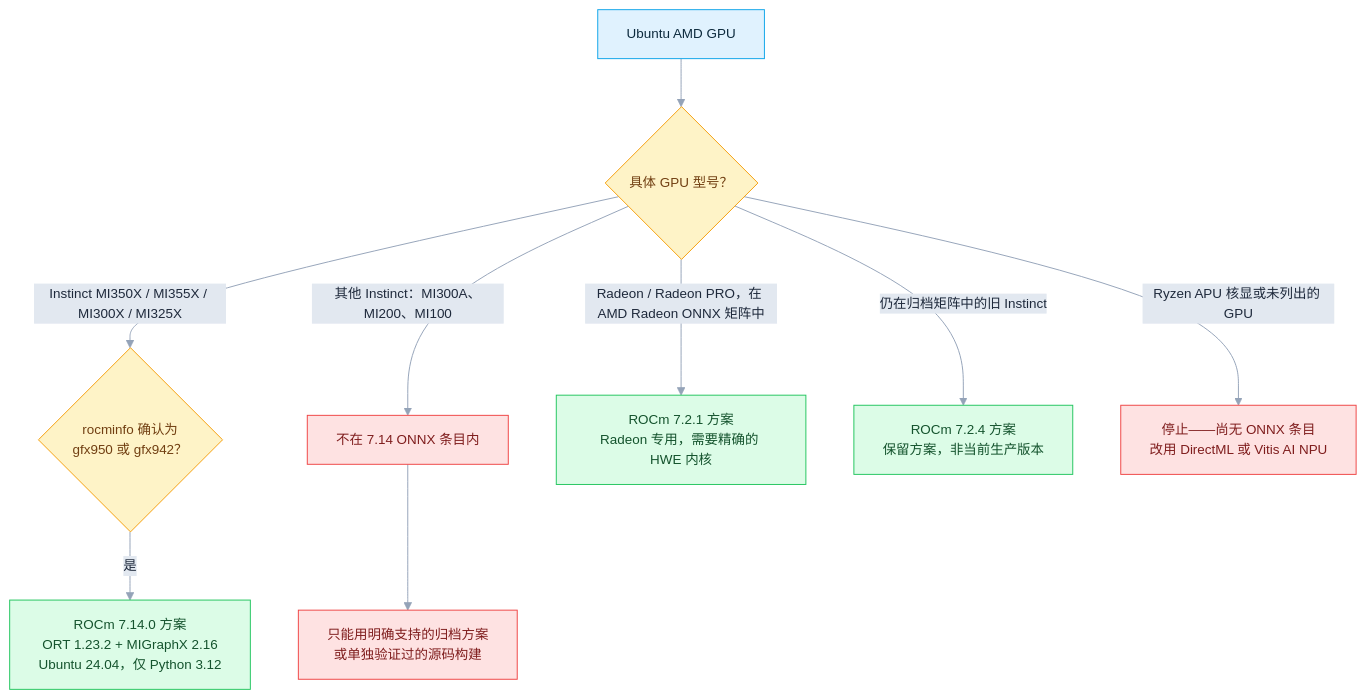
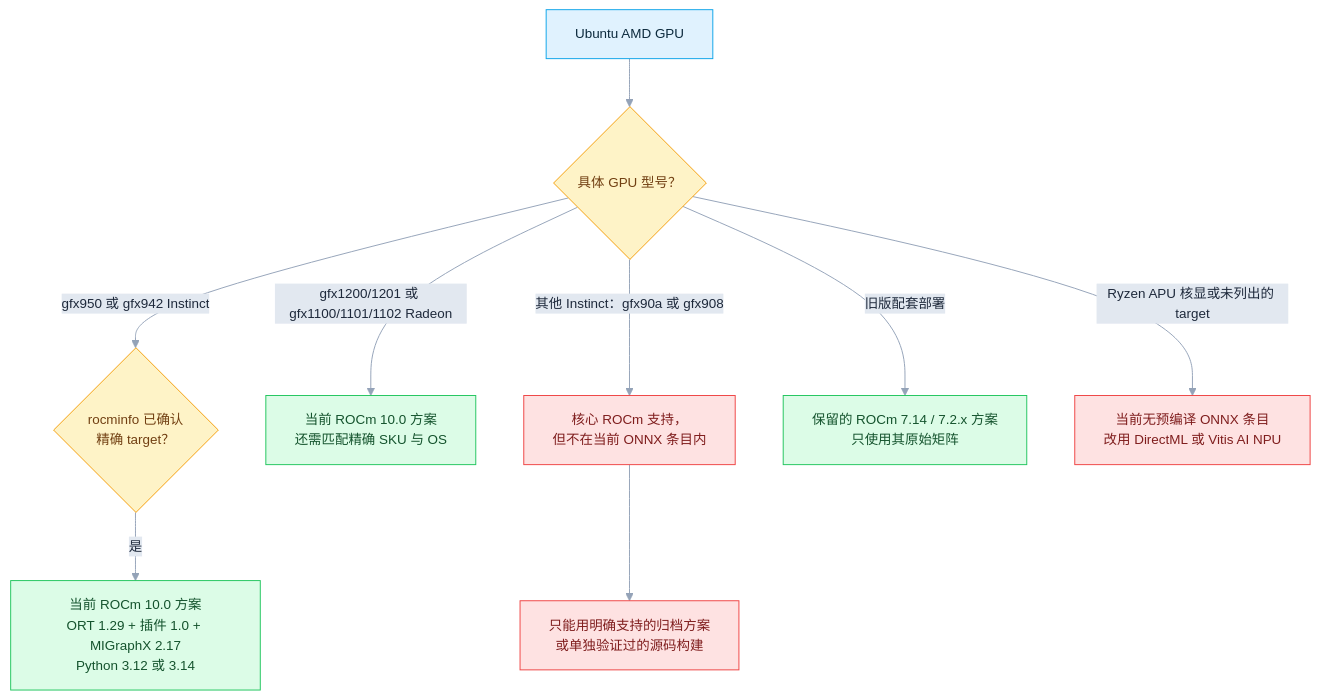
Before and after one commit to DakeQQ/Tutorial-ONNX-Runtime-Execution-Providers: the third of 9 diagrams in AMD/README.zh-CN.md, drawn with Mermaid. The commit also changed other lines of this file and 42 other files, not shown here.

````diff
--- a/AMD/README.zh-CN.md
+++ b/AMD/README.zh-CN.md
@@ -350,21 +356,21 @@
 ```mermaid
 %%{init: {"theme":"base","themeVariables":{"fontSize":"14px","lineColor":"#94a3b8","edgeLabelBackground":"#e2e8f0","primaryTextColor":"#1e293b"}}}%%
 flowchart TD
     A["Ubuntu AMD GPU"] --> B{"具体 GPU 型号？"}
-    B -->|"Instinct MI350X / MI355X / MI300X / MI325X"| C{"rocminfo 确认为<br/>gfx950 或 gfx942？"}
-    C -->|是| D["ROCm 7.14.0 方案<br/>ORT 1.23.2 + MIGraphX 2.16<br/>Ubuntu 24.04，仅 Python 3.12"]
-    B -->|"其他 Instinct：MI300A、MI200、MI100"| E["不在 7.14 ONNX 条目内"]
+    B -->|"gfx950 或 gfx942 Instinct"| C{"rocminfo 已确认<br/>精确 target？"}
+    C -->|是| D["当前 ROCm 10.0 方案<br/>ORT 1.29 + 插件 1.0 + MIGraphX 2.17<br/>Python 3.12 或 3.14"]
+    B -->|"gfx1200/1201 或 gfx1100/1101/1102 Radeon"| G["当前 ROCm 10.0 方案<br/>还需匹配精确 SKU 与 OS"]
+    B -->|"其他 Instinct：gfx90a 或 gfx908"| E["核心 ROCm 支持，<br/>但不在当前 ONNX 条目内"]
     E --> F["只能用明确支持的归档方案<br/>或单独验证过的源码构建"]
-    B -->|"Radeon / Radeon PRO，在 AMD Radeon ONNX 矩阵中"| G["ROCm 7.2.1 方案<br/>Radeon 专用，需要精确的 HWE 内核"]
-    B -->|"仍在归档矩阵中的旧 Instinct"| H["ROCm 7.2.4 方案<br/>保留方案，非当前生产版本"]
-    B -->|"Ryzen APU 核显或未列出的 GPU"| I["停止——尚无 ONNX 条目<br/>改用 DirectML 或 Vitis AI NPU"]
+    B -->|"旧版配套部署"| H["保留的 ROCm 7.14 / 7.2.x 方案<br/>只使用其原始矩阵"]
+    B -->|"Ryzen APU 核显或未列出的 target"| I["当前无预编译 ONNX 条目<br/>改用 DirectML 或 Vitis AI NPU"]
 
     classDef step fill:#e0f2fe,stroke:#0ea5e9,color:#0c2a3d;
     classDef dec fill:#fef3c7,stroke:#f59e0b,color:#713f12;
     classDef good fill:#dcfce7,stroke:#22c55e,color:#14532d;
     classDef bad fill:#fee2e2,stroke:#ef4444,color:#7f1d1d;
     class A step;
     class B,C dec;
     class D,G,H good;
     class E,F,I bad;
 ```
````
